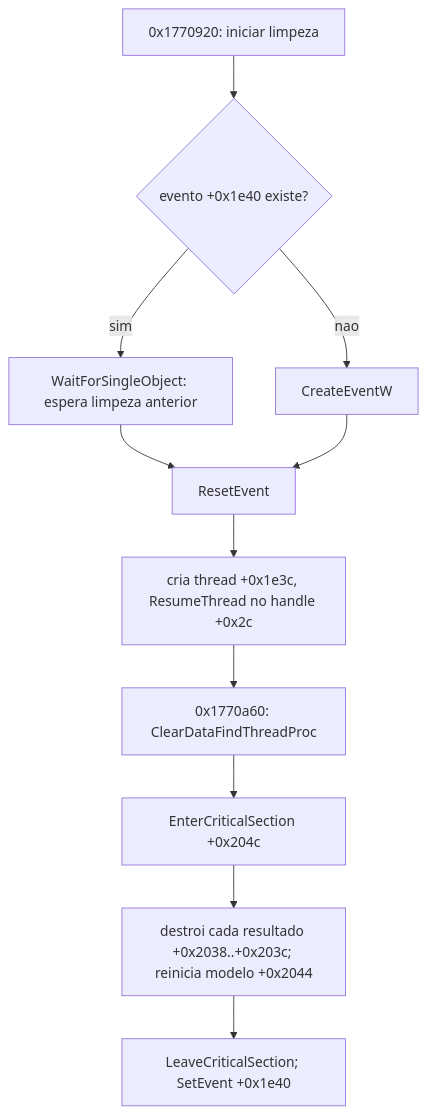
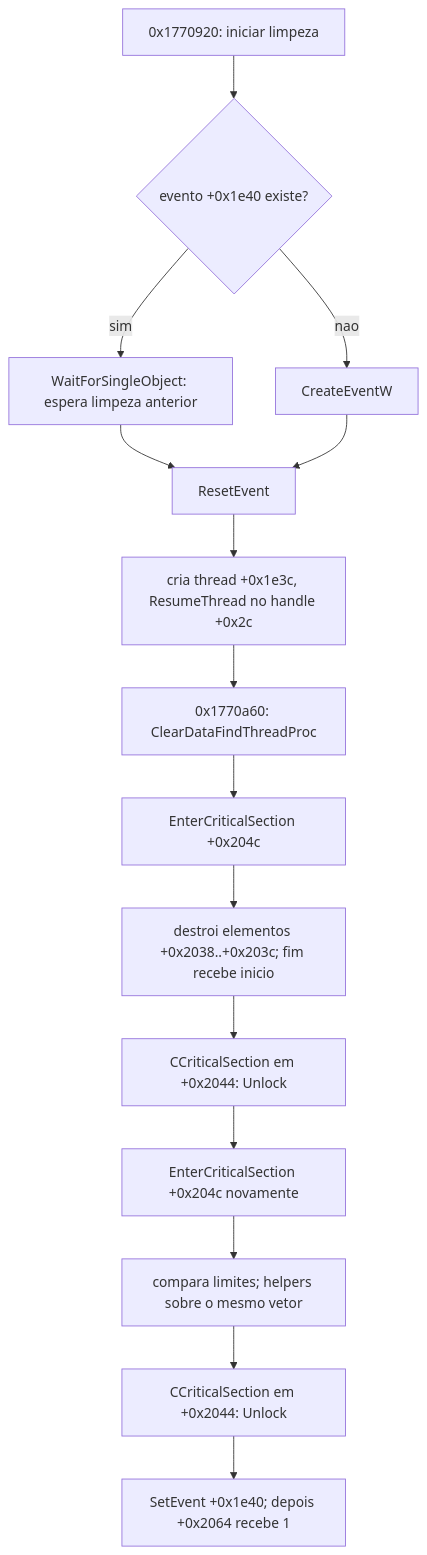
Before and after one commit to airtonbp19edu/Linuxit-PDF: the second of 2 diagrams in docs/REA-FLUXO-BUSCA-2026-10-22.md, drawn with Mermaid. The commit also changed other lines of this file and 64 other files, not shown here.

````diff
--- a/docs/REA-FLUXO-BUSCA-2026-10-22.md
+++ b/docs/REA-FLUXO-BUSCA-2026-10-22.md
@@ -68,13 +86,17 @@
 ```mermaid
 flowchart TD
   Start[0x1770920: iniciar limpeza] --> Wait{evento +0x1e40 existe?}
   Wait -- sim --> WFS[WaitForSingleObject: espera limpeza anterior]
   Wait -- nao --> CE[CreateEventW]
   WFS --> Reset[ResetEvent]
   CE --> Reset
   Reset --> Th[cria thread +0x1e3c, ResumeThread no handle +0x2c]
   Th --> Proc[0x1770a60: ClearDataFindThreadProc]
-  Proc --> CS[EnterCriticalSection +0x204c]
-  CS --> Clear[destroi cada resultado +0x2038..+0x203c; reinicia modelo +0x2044]
-  Clear --> Done[LeaveCriticalSection; SetEvent +0x1e40]
+  Proc --> CS1[EnterCriticalSection +0x204c]
+  CS1 --> Clear[destroi elementos +0x2038..+0x203c; fim recebe inicio]
+  Clear --> Unlock1[CCriticalSection em +0x2044: Unlock]
+  Unlock1 --> CS2[EnterCriticalSection +0x204c novamente]
+  CS2 --> Storage[compara limites; helpers sobre o mesmo vetor]
+  Storage --> Unlock2[CCriticalSection em +0x2044: Unlock]
+  Unlock2 --> Done[SetEvent +0x1e40; depois +0x2064 recebe 1]
 ```
````
